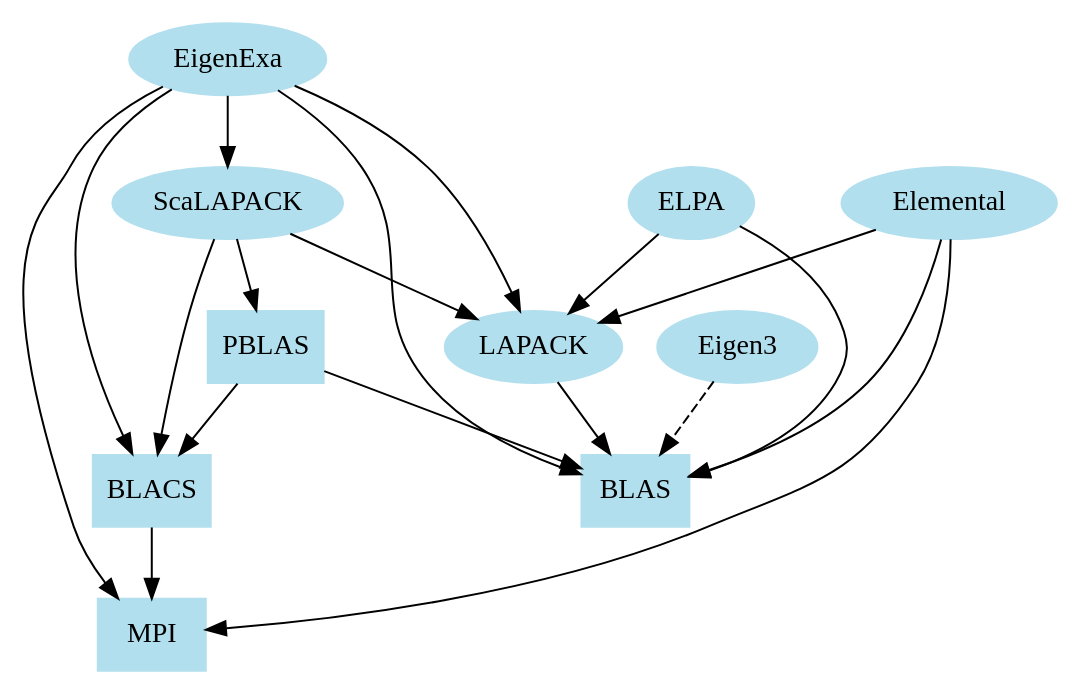
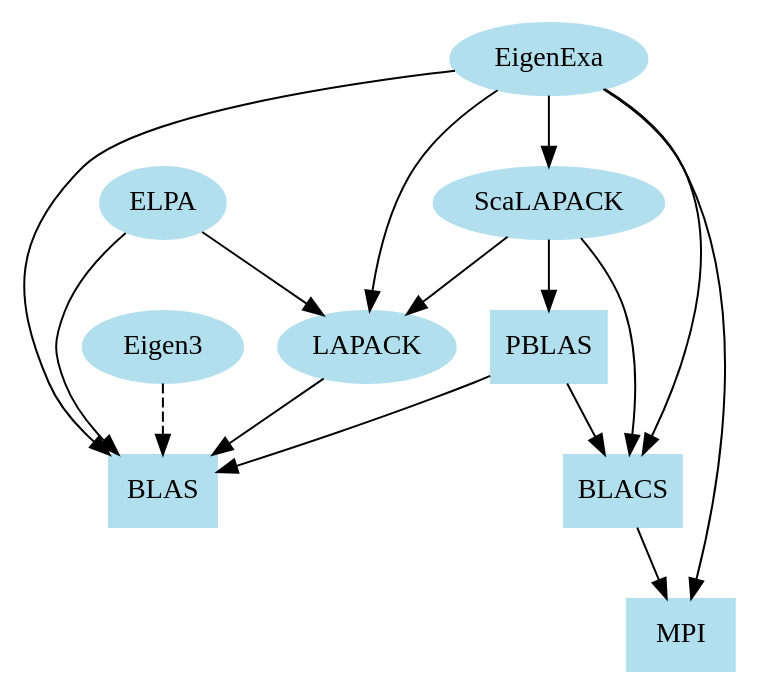
One commit to cmsi/rokko-tutorial changed the diagram in wakate/figure/eigensolver_dependency.gv. Above: the diagram before and after it, drawn with Graphviz. The commit also changed 2 other files, not shown here.

Commit message:
remove Elemental

```diff
--- a/wakate/figure/eigensolver_dependency.gv
+++ b/wakate/figure/eigensolver_dependency.gv
@@ -1,31 +1,31 @@
 digraph g {
   graph [fontname = "Depenency of eigensolvers" ];
   node [color=lightblue2, style=filled, shape=box];
   node [fontname="MSGOTHIC.TTC"];
   edge [fontname="MSGOTHIC.TTC"];
   "LAPACK" [shape=ellipse];
   "EigenExa" [shape=ellipse];
   "Eigen3" [shape=ellipse];
   "ELPA" [shape=ellipse];
-  "Elemental" [shape=ellipse];
+//  "Elemental" [shape=ellipse];
   "ScaLAPACK" [shape=ellipse];
 
   "LAPACK"->"BLAS";
   "ScaLAPACK"->"LAPACK";
   "ScaLAPACK"->"BLACS";
   "ScaLAPACK"->"PBLAS";
   "PBLAS"->"BLAS";
   "PBLAS"->"BLACS";
   "BLACS"->"MPI";
   "EigenExa"->"ScaLAPACK";
   "EigenExa"->"BLACS";
   "EigenExa"->"LAPACK";
   "EigenExa"->"BLAS";
   "EigenExa"->"MPI";
   "Eigen3"->"BLAS" [style="dashed"];
   "ELPA"->"LAPACK";
   "ELPA"->"BLAS"
-  "Elemental"->"LAPACK";
-  "Elemental"->"BLAS";
-  "Elemental"->"MPI";
+//  "Elemental"->"LAPACK";
+//  "Elemental"->"BLAS";
+//  "Elemental"->"MPI";
 }
```
